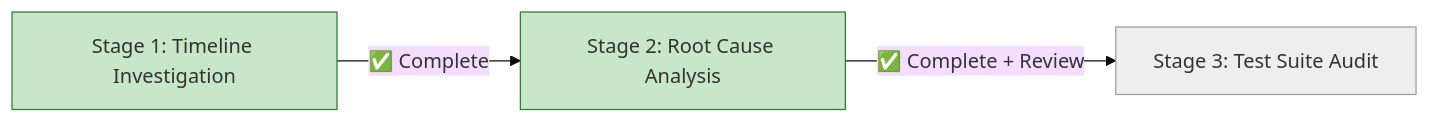
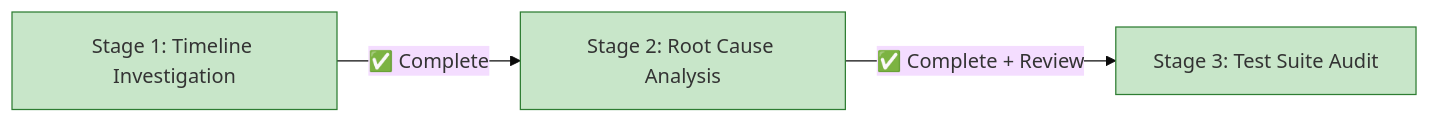
One commit to info-tech-io/hugo-templates changed the diagram in docs/proposals/26-fix-failing-bats-unit-tests/progress.md. Above: the diagram before and after it, drawn with Mermaid (base theme). The commit also changed other lines of this file, not shown here.

First line of the commit message:
docs(issue-26): update progress - Stage 3 complete, all tests passing

````diff
--- a/docs/proposals/26-fix-failing-bats-unit-tests/progress.md
+++ b/docs/proposals/26-fix-failing-bats-unit-tests/progress.md
@@ -5,13 +5,13 @@
 ```mermaid
 graph LR
     A[Stage 1: Timeline Investigation] -->|✅ Complete| B[Stage 2: Root Cause Analysis]
     B -->|✅ Complete + Review| C[Stage 3: Test Suite Audit]
 
     style A fill:#c8e6c9,stroke:#2e7d32
     style B fill:#c8e6c9,stroke:#2e7d32
-    style C fill:#eeeeee,stroke:#9e9e9e
+    style C fill:#c8e6c9,stroke:#2e7d32
 
     click A "001-progress.md"
     click B "002-progress.md"
-    click C "003-test-suite-audit.md"
+    click C "003-progress.md"
 ```
````
